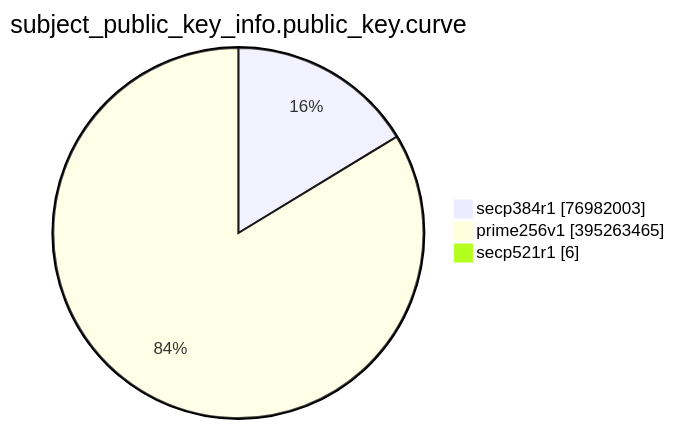
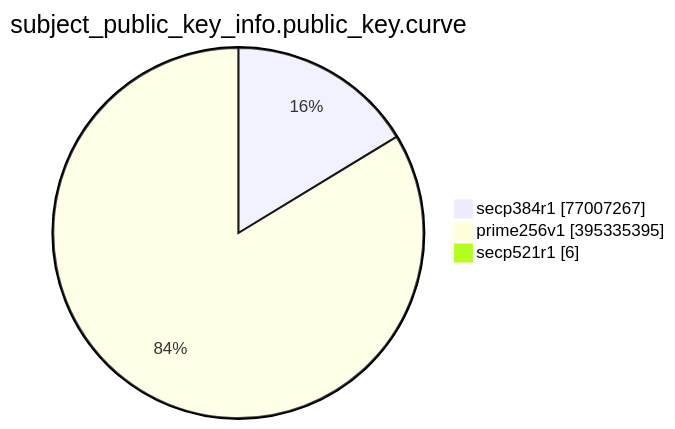
Before and after one commit to christiankrug/ctmonitor_visualization: the eighth of 15 diagrams in TOTAL/README.md, drawn with Mermaid. The commit also changed other lines of this file, not shown here.

````diff
--- a/TOTAL/README.md
+++ b/TOTAL/README.md
@@ -3094,7 +3094,7 @@
 ```mermaid
 pie showData
 title subject_public_key_info.public_key.curve
-"secp384r1" :76982003
-"prime256v1" :395263465
+"secp384r1" :77007267
+"prime256v1" :395335395
 "secp521r1" :6
 ```
````
